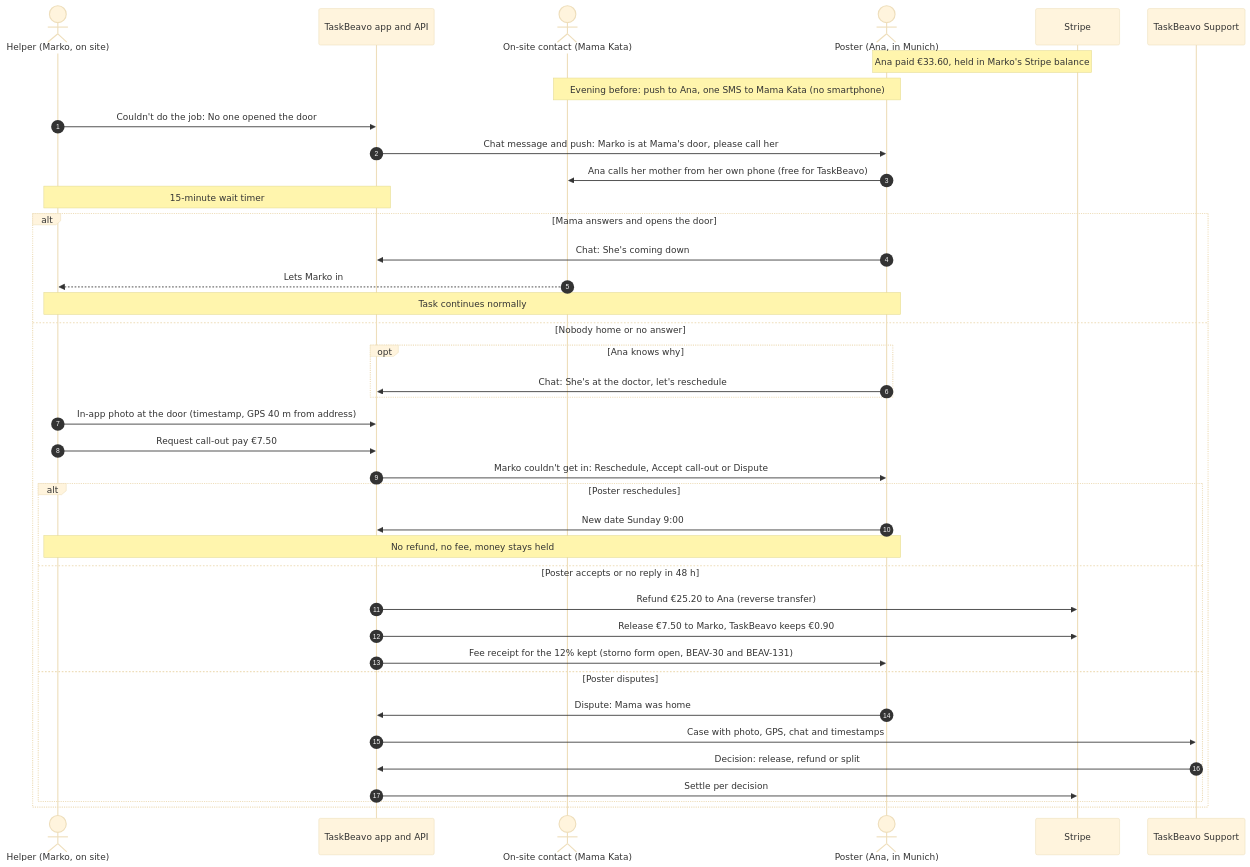
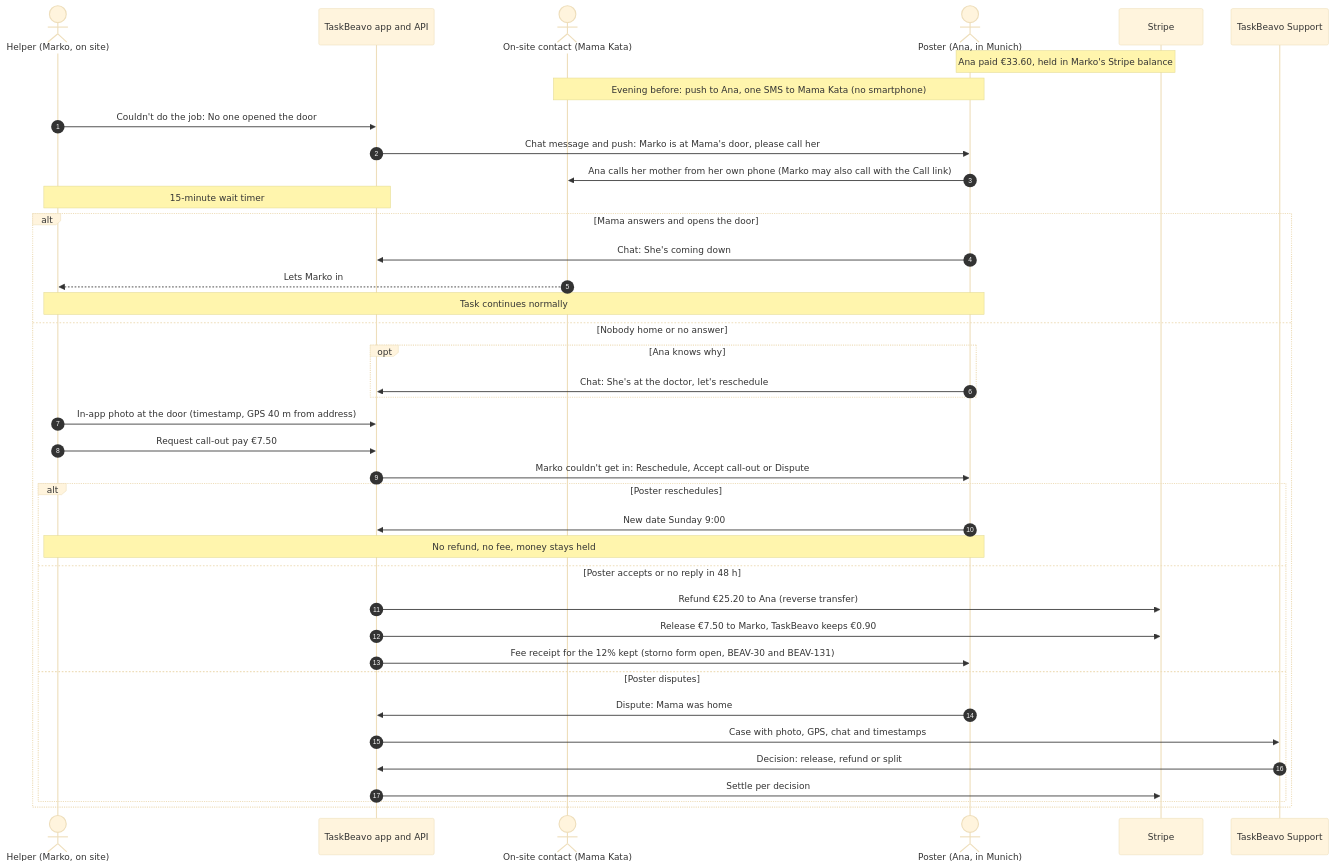
The eighth of 32 diagrams in docs/PLAN.md (tstampfel/taskbeavo-showcase), drawn with Mermaid (base theme) before and after one commit. The commit also changed other lines of this file and 5 other files, not shown here.

````diff
--- a/docs/PLAN.md
+++ b/docs/PLAN.md
@@ -565,41 +565,41 @@
 ```mermaid
 sequenceDiagram
     autonumber
     actor H as Helper (Marko, on site)
     participant APP as TaskBeavo app and API
     actor OC as On-site contact (Mama Kata)
     actor P as Poster (Ana, in Munich)
     participant S as Stripe
     participant SUP as TaskBeavo Support
     Note over P,S: Ana paid €33.60, held in Marko's Stripe balance
     Note over P,OC: Evening before: push to Ana, one SMS to Mama Kata (no smartphone)
     H->>APP: Couldn't do the job: No one opened the door
     APP->>P: Chat message and push: Marko is at Mama's door, please call her
-    P->>OC: Ana calls her mother from her own phone (free for TaskBeavo)
+    P->>OC: Ana calls her mother from her own phone (Marko may also call with the Call link)
     Note over H,APP: 15-minute wait timer
     alt Mama answers and opens the door
         P->>APP: Chat: She's coming down
         OC-->>H: Lets Marko in
         Note over H,P: Task continues normally
     else Nobody home or no answer
         opt Ana knows why
             P->>APP: Chat: She's at the doctor, let's reschedule
         end
         H->>APP: In-app photo at the door (timestamp, GPS 40 m from address)
         H->>APP: Request call-out pay €7.50
         APP->>P: Marko couldn't get in: Reschedule, Accept call-out or Dispute
         alt Poster reschedules
             P->>APP: New date Sunday 9:00
             Note over P,H: No refund, no fee, money stays held
         else Poster accepts or no reply in 48 h
             APP->>S: Refund €25.20 to Ana (reverse transfer)
             APP->>S: Release €7.50 to Marko, TaskBeavo keeps €0.90
             APP->>P: Fee receipt for the 12% kept (storno form open, BEAV-30 and BEAV-131)
         else Poster disputes
             P->>APP: Dispute: Mama was home
             APP->>SUP: Case with photo, GPS, chat and timestamps
             SUP->>APP: Decision: release, refund or split
             APP->>S: Settle per decision
         end
     end
 ```
````
